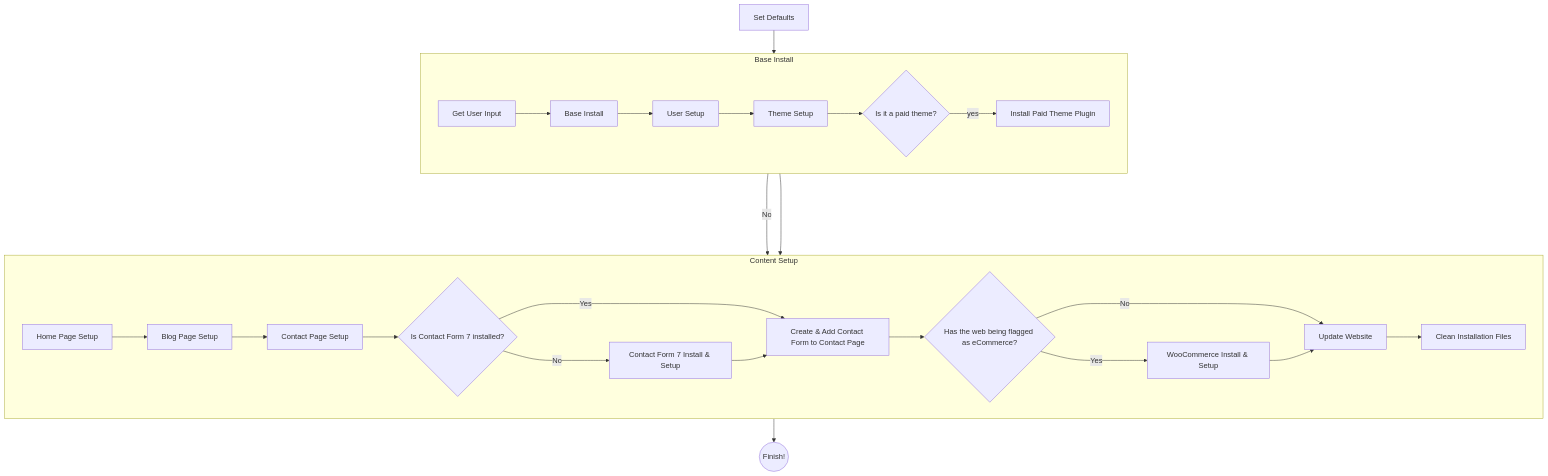
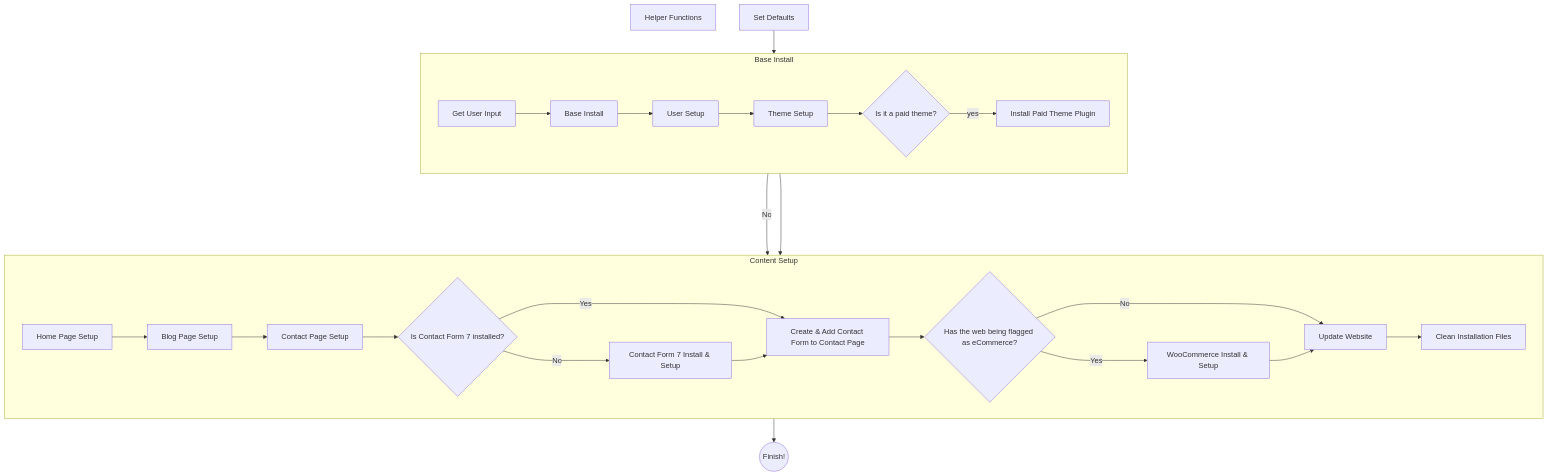
Before and after one commit to borjalofe/wpcli-wordpress-generator: the diagram in README.md, drawn with Mermaid. The commit also changed other lines of this file, not shown here.

Commit message:
README.md updated with helper func info

````diff
--- a/README.md
+++ b/README.md
@@ -30,32 +43,33 @@
 ```mermaid
     flowchart TB
         subgraph base [Base Install]
             direction LR
-            B -->C[Base Install]
-            C --> D[User Setup]
-            D --> E[Theme Setup]
-            E --> F{Is it a paid theme?}
-            F -->|yes| G[Install Paid Theme Plugin]
+            C --> D[Base Install]
+            D --> E[User Setup]
+            E --> F[Theme Setup]
+            F --> G{Is it a paid theme?}
+            G -->|yes| H[Install Paid Theme Plugin]
         end
         subgraph content [Content Setup]
             direction LR
-            F ---->|No| H[Home Page Setup]
-            G --> H
-            H --> I[Blog Page Setup]
-            I --> J[Contact Page Setup]
-            J --> K{Is Contact Form 7 installed?}
-            K -->|No| L[Contact Form 7 Install & Setup]
-            K ---->|Yes| M[Create & Add Contact Form to Contact Page]
-            L --> M
-            M --> N{Has the web being flagged as eCommerce?}
-            N -->|Yes| O[WooCommerce Install & Setup]
+            G ---->|No| I[Home Page Setup]
+            H --> I
+            I --> J[Blog Page Setup]
+            J --> K[Contact Page Setup]
+            K --> L{Is Contact Form 7 installed?}
+            L -->|No| M[Contact Form 7 Install & Setup]
+            L ---->|Yes| N[Create & Add Contact Form to Contact Page]
+            M --> N
+            N --> O{Has the web being flagged as eCommerce?}
+            O -->|Yes| P[WooCommerce Install & Setup]
         end
         subgraph content [Ending Tasks]
             direction LR
-            N ---->|No| P[Update Website]
-            O --> P
-            P --> Q[Clean Installation Files]
+            O ---->|No| Q[Update Website]
+            P --> Q
+            Q --> R[Clean Installation Files]
         end
-        A[Set Defaults] --> B[Get User Input]
-        Q --> R((Finish!))
+        A[Helper Functions]
+        B[Set Defaults] --> C[Get User Input]
+        R --> S((Finish!))
 ```
````
